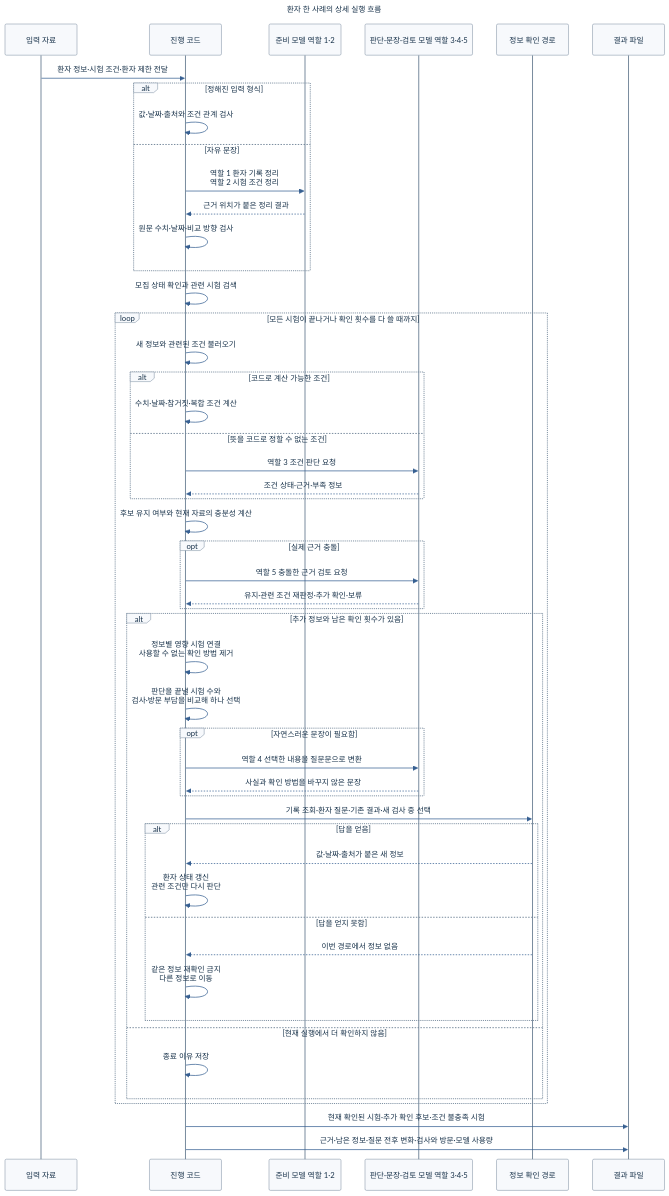
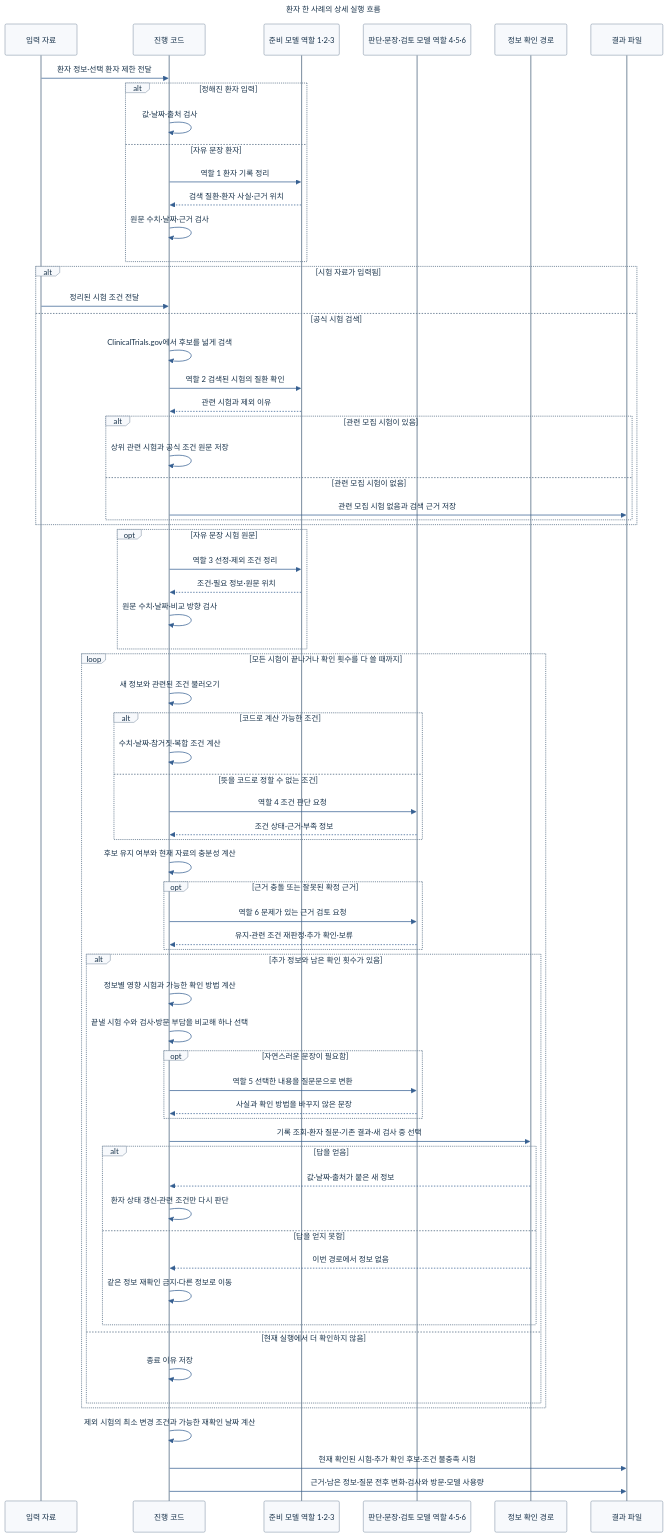
Before and after one commit to health-agent/Clarifytrial: the diagram in docs/internal/diagrams/clarifytrial-detailed-workflow.mmd, drawn with Mermaid. The commit also changed 56 other files, not shown here.

```diff
--- a/docs/internal/diagrams/clarifytrial-detailed-workflow.mmd
+++ b/docs/internal/diagrams/clarifytrial-detailed-workflow.mmd
@@ -1,77 +1,95 @@
 ---
 title: 환자 한 사례의 상세 실행 흐름
 config:
   theme: base
   themeVariables:
     background: '#ffffff'
     primaryTextColor: '#18324a'
     lineColor: '#73869a'
     signalColor: '#365f91'
     signalTextColor: '#18324a'
     actorBkg: '#f7f9fc'
     actorBorder: '#73869a'
     actorTextColor: '#18324a'
     noteBkgColor: '#edf4ff'
     noteBorderColor: '#365f91'
     noteTextColor: '#18324a'
     activationBkgColor: '#edf4ff'
     activationBorderColor: '#365f91'
     fontFamily: 'Pretendard, Noto Sans KR, Malgun Gothic, sans-serif'
 ---
 sequenceDiagram
     participant I as 입력 자료
     participant C as 진행 코드
-    participant P as 준비 모델 역할 1·2
-    participant M as 판단·문장·검토 모델 역할 3·4·5
+    participant P as 준비 모델 역할 1·2·3
+    participant M as 판단·문장·검토 모델 역할 4·5·6
     participant E as 정보 확인 경로
     participant O as 결과 파일
 
-    I->>C: 환자 정보·시험 조건·환자 제한 전달
-    alt 정해진 입력 형식
-        C->>C: 값·날짜·출처와 조건 관계 검사
-    else 자유 문장
-        C->>P: 역할 1 환자 기록 정리<br/>역할 2 시험 조건 정리
-        P-->>C: 근거 위치가 붙은 정리 결과
+    I->>C: 환자 정보·선택 환자 제한 전달
+    alt 정해진 환자 입력
+        C->>C: 값·날짜·출처 검사
+    else 자유 문장 환자
+        C->>P: 역할 1 환자 기록 정리
+        P-->>C: 검색 질환·환자 사실·근거 위치
+        C->>C: 원문 수치·날짜·근거 검사
+    end
+
+    alt 시험 자료가 입력됨
+        I->>C: 정리된 시험 조건 전달
+    else 공식 시험 검색
+        C->>C: ClinicalTrials.gov에서 후보를 넓게 검색
+        C->>P: 역할 2 검색된 시험의 질환 확인
+        P-->>C: 관련 시험과 제외 이유
+        alt 관련 모집 시험이 있음
+            C->>C: 상위 관련 시험과 공식 조건 원문 저장
+        else 관련 모집 시험이 없음
+            C->>O: 관련 모집 시험 없음과 검색 근거 저장
+        end
+    end
+
+    opt 자유 문장 시험 원문
+        C->>P: 역할 3 선정·제외 조건 정리
+        P-->>C: 조건·필요 정보·원문 위치
         C->>C: 원문 수치·날짜·비교 방향 검사
     end
-
-    C->>C: 모집 상태 확인과 관련 시험 검색
 
     loop 모든 시험이 끝나거나 확인 횟수를 다 쓸 때까지
         C->>C: 새 정보와 관련된 조건 불러오기
         alt 코드로 계산 가능한 조건
             C->>C: 수치·날짜·참거짓·복합 조건 계산
         else 뜻을 코드로 정할 수 없는 조건
-            C->>M: 역할 3 조건 판단 요청
+            C->>M: 역할 4 조건 판단 요청
             M-->>C: 조건 상태·근거·부족 정보
         end
 
         C->>C: 후보 유지 여부와 현재 자료의 충분성 계산
 
-        opt 실제 근거 충돌
-            C->>M: 역할 5 충돌한 근거 검토 요청
+        opt 근거 충돌 또는 잘못된 확정 근거
+            C->>M: 역할 6 문제가 있는 근거 검토 요청
             M-->>C: 유지·관련 조건 재판정·추가 확인·보류
         end
 
         alt 추가 정보와 남은 확인 횟수가 있음
-            C->>C: 정보별 영향 시험 연결<br/>사용할 수 없는 확인 방법 제거
-            C->>C: 판단을 끝낼 시험 수와<br/>검사·방문 부담을 비교해 하나 선택
+            C->>C: 정보별 영향 시험과 가능한 확인 방법 계산
+            C->>C: 끝낼 시험 수와 검사·방문 부담을 비교해 하나 선택
             opt 자연스러운 문장이 필요함
-                C->>M: 역할 4 선택한 내용을 질문문으로 변환
+                C->>M: 역할 5 선택한 내용을 질문문으로 변환
                 M-->>C: 사실과 확인 방법을 바꾸지 않은 문장
             end
             C->>E: 기록 조회·환자 질문·기존 결과·새 검사 중 선택
             alt 답을 얻음
                 E-->>C: 값·날짜·출처가 붙은 새 정보
-                C->>C: 환자 상태 갱신<br/>관련 조건만 다시 판단
+                C->>C: 환자 상태 갱신·관련 조건만 다시 판단
             else 답을 얻지 못함
                 E-->>C: 이번 경로에서 정보 없음
-                C->>C: 같은 정보 재확인 금지<br/>다른 정보로 이동
+                C->>C: 같은 정보 재확인 금지·다른 정보로 이동
             end
         else 현재 실행에서 더 확인하지 않음
             C->>C: 종료 이유 저장
         end
     end
 
+    C->>C: 제외 시험의 최소 변경 조건과 가능한 재확인 날짜 계산
     C->>O: 현재 확인된 시험·추가 확인 후보·조건 불충족 시험
     C->>O: 근거·남은 정보·질문 전후 변화·검사와 방문·모델 사용량
```
